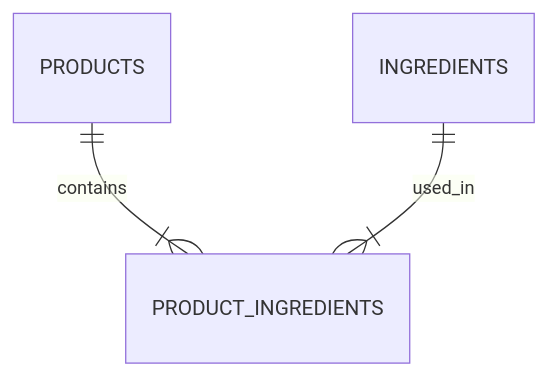
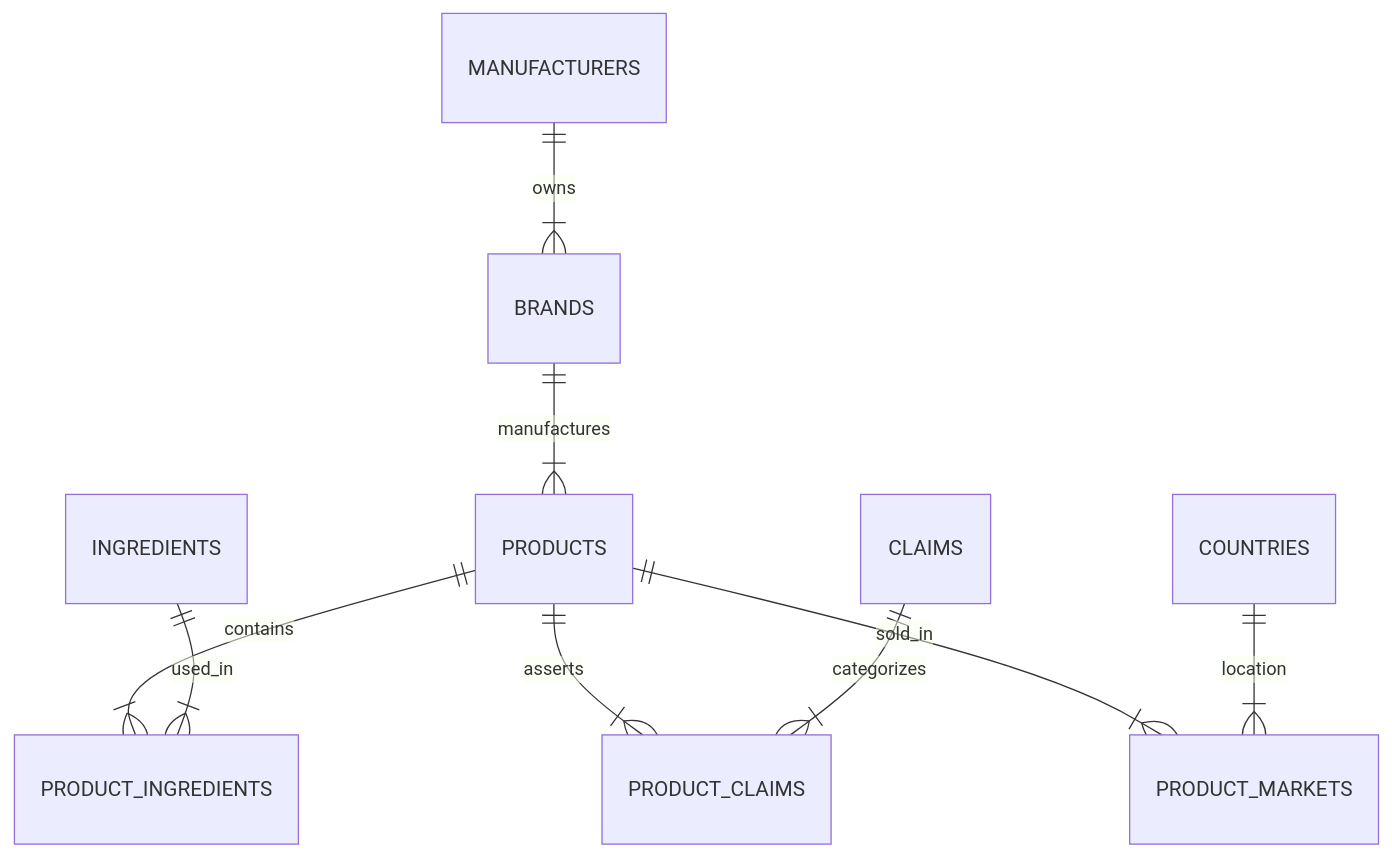
The diagram in docs/Schema_Diagram.md (doraem-on/Fluoride_oral), drawn with Mermaid before and after one commit. The commit also changed other lines of this file and 10 other files, not shown here.

Commit message:
Phase 3: Source Registry, Ingestion Schema, Pytest Suite

````diff
--- a/docs/Schema_Diagram.md
+++ b/docs/Schema_Diagram.md
@@ -2,5 +3,11 @@
 ```mermaid
 erDiagram
-PRODUCTS ||--|{ PRODUCT_INGREDIENTS : contains
-INGREDIENTS ||--|{ PRODUCT_INGREDIENTS : used_in
+    MANUFACTURERS ||--|{ BRANDS : owns
+    BRANDS ||--|{ PRODUCTS : manufactures
+    PRODUCTS ||--|{ PRODUCT_INGREDIENTS : contains
+    INGREDIENTS ||--|{ PRODUCT_INGREDIENTS : used_in
+    PRODUCTS ||--|{ PRODUCT_CLAIMS : asserts
+    CLAIMS ||--|{ PRODUCT_CLAIMS : categorizes
+    PRODUCTS ||--|{ PRODUCT_MARKETS : sold_in
+    COUNTRIES ||--|{ PRODUCT_MARKETS : location
 ```
````
